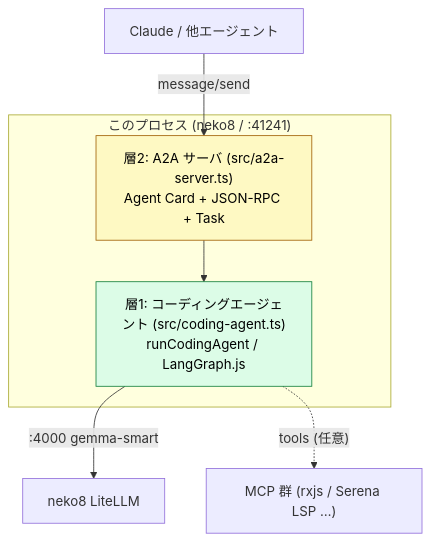
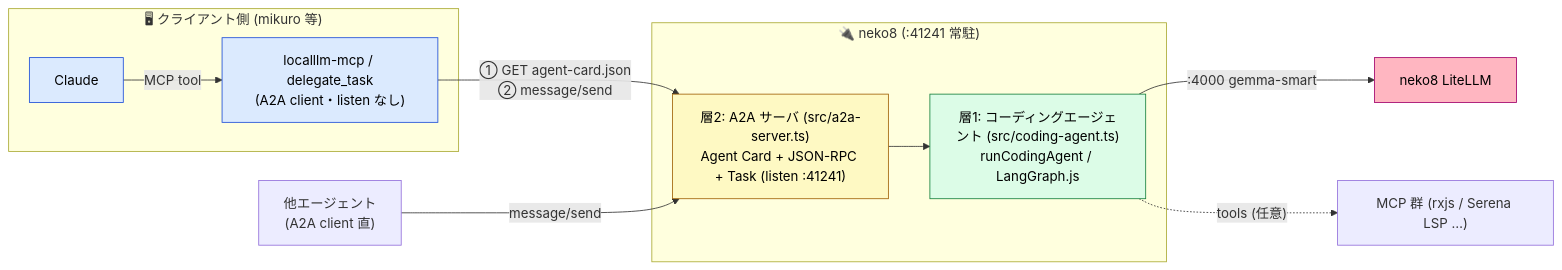
The diagram in README.md (shuji-bonji/localllm-agent-practice), drawn with Mermaid before and after one commit. The commit also changed other lines of this file, not shown here.

Commit message:
fix: README.mdの更新

````diff
--- a/README.md
+++ b/README.md
@@ -11,14 +11,23 @@
 ```mermaid
-flowchart TB
-    subgraph P["このプロセス (neko8 / :41241)"]
-        SV["層2: A2A サーバ (src/a2a-server.ts)<br/>Agent Card + JSON-RPC + Task"]
+flowchart LR
+    subgraph MK["🖥 クライアント側 (mikuro 等)"]
+        CL["Claude"]
+        MB["localllm-mcp / delegate_task<br/>(A2A client・listen なし)"]
+        CL -->|"MCP tool"| MB
+    end
+    subgraph NK["🔌 neko8 (:41241 常駐)"]
+        SV["層2: A2A サーバ (src/a2a-server.ts)<br/>Agent Card + JSON-RPC + Task (listen :41241)"]
         EX["層1: コーディングエージェント (src/coding-agent.ts)<br/>runCodingAgent / LangGraph.js"]
         SV --> EX
     end
+    MB -->|"① GET agent-card.json<br/>② message/send"| SV
+    OT["他エージェント<br/>(A2A client 直)"] -->|"message/send"| SV
     EX -->|":4000 gemma-smart"| LH["neko8 LiteLLM"]
-    EX -.->|"tools (任意)"| MCP["MCP 群 (rxjs / Serena LSP …)"]
-    CL["Claude / 他エージェント"] -->|"message/send"| SV
+    EX -.->|"tools (任意)"| MCPT["MCP 群 (rxjs / Serena LSP …)"]
 
+    style CL fill:#dbeafe,stroke:#1d4ed8,color:#000
+    style MB fill:#dbeafe,stroke:#1d4ed8,color:#000
     style SV fill:#fef9c3,stroke:#a16207,color:#000
     style EX fill:#dcfce7,stroke:#15803d,color:#000
+    style LH fill:#FFB6C1,stroke:#a1006b,color:#000
 ```
````
